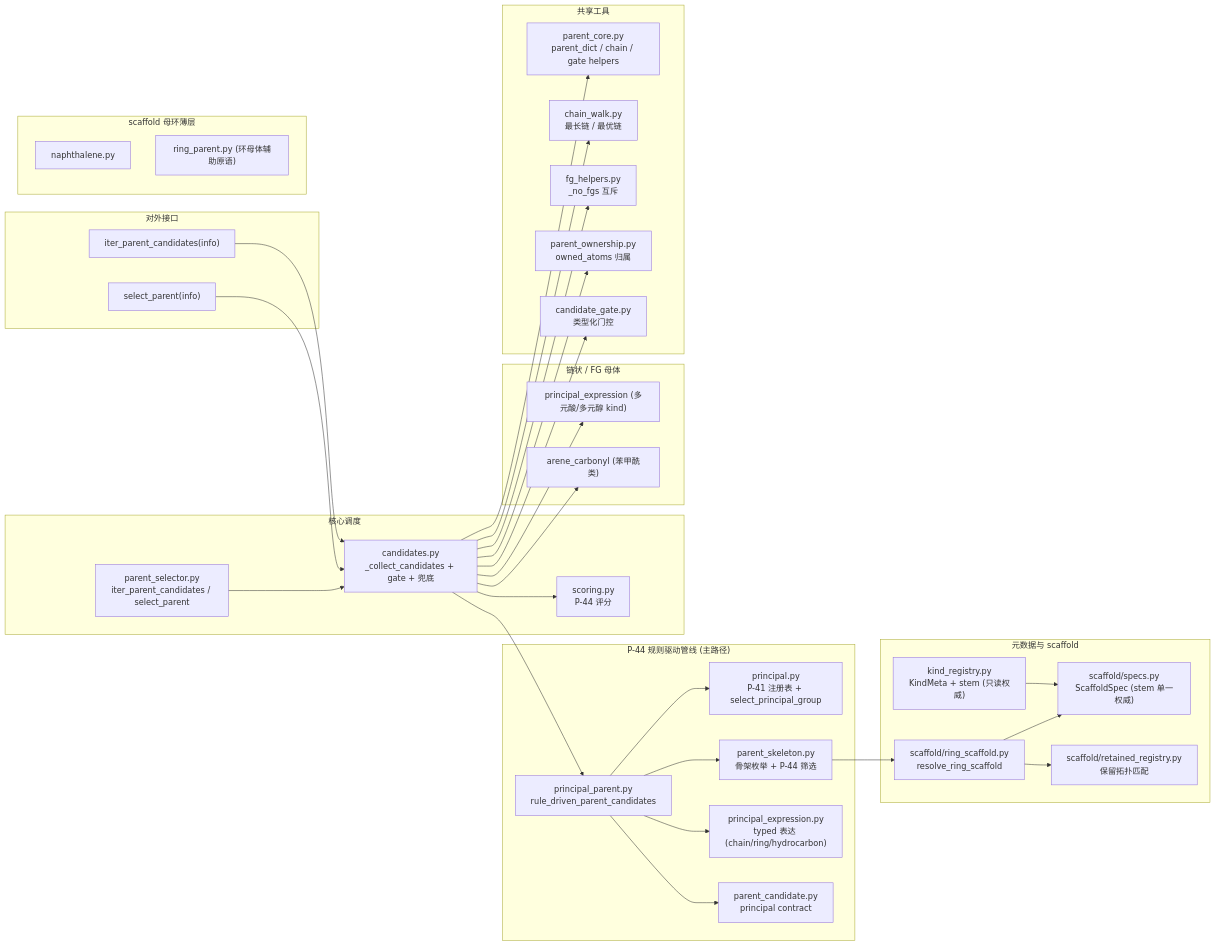
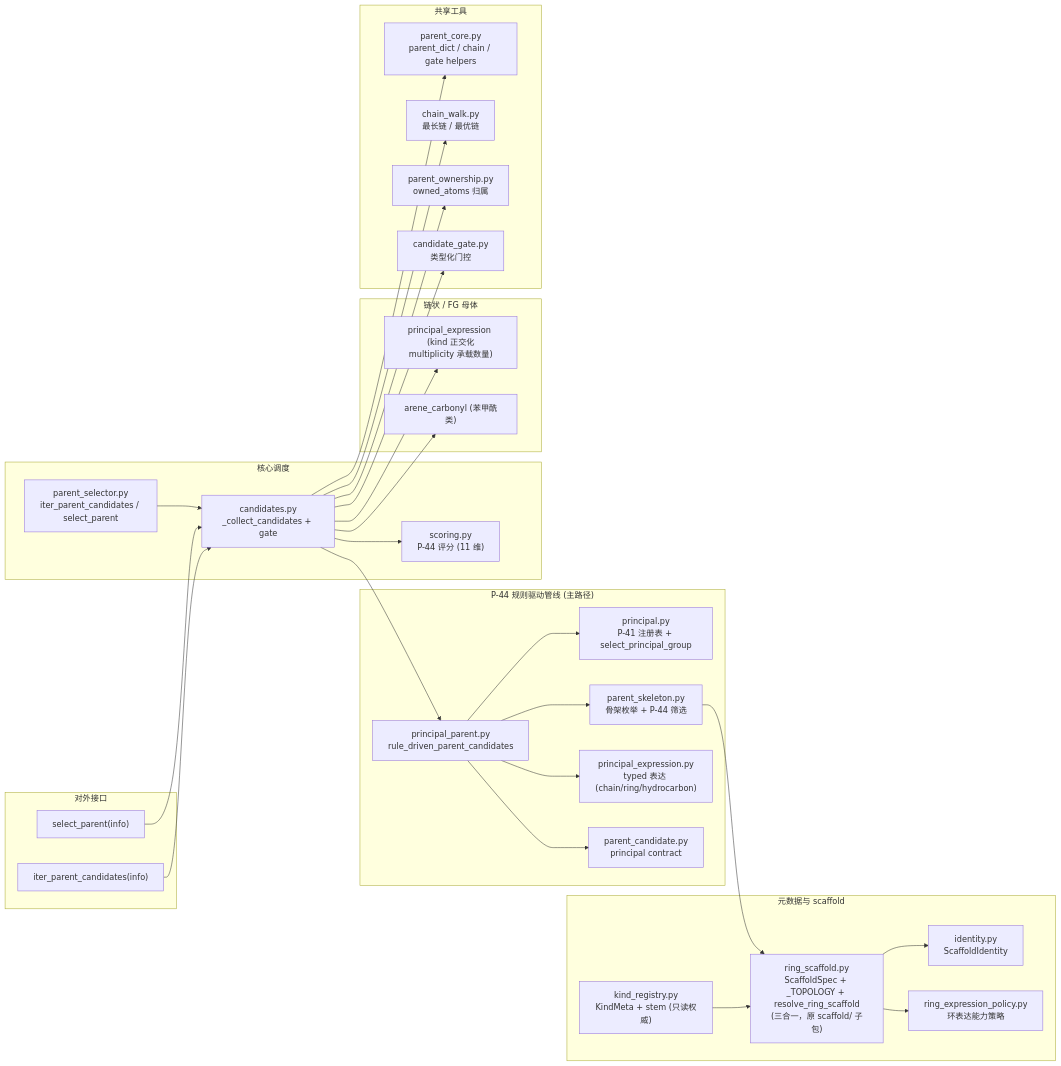
Before and after one commit to zouxiaofei1/OpenSMILES: the third of 3 diagrams in docs/wiki/architecture/layer2-parent-selector.md, drawn with Mermaid. The commit also changed other lines of this file and 20 other files, not shown here.

````diff
--- a/docs/wiki/architecture/layer2-parent-selector.md
+++ b/docs/wiki/architecture/layer2-parent-selector.md
@@ -250,58 +216,53 @@
 ```mermaid
 flowchart LR
     subgraph Public_API["对外接口"]
         SP["select_parent(info)"]
         IPC["iter_parent_candidates(info)"]
     end
 
     subgraph Principal["P-44 规则驱动管线 (主路径)"]
         PR["principal.py<br/>P-41 注册表 + select_principal_group"]
         SKEL["parent_skeleton.py<br/>骨架枚举 + P-44 筛选"]
         PEXPR["principal_expression.py<br/>typed 表达 (chain/ring/hydrocarbon)"]
         PPR["principal_parent.py<br/>rule_driven_parent_candidates"]
         PCAND["parent_candidate.py<br/>principal contract"]
     end
 
     subgraph Core["核心调度"]
-        CAND["candidates.py<br/>_collect_candidates + gate + 兜底"]
-        SCORE["scoring.py<br/>P-44 评分"]
+        CAND["candidates.py<br/>_collect_candidates + gate"]
+        SCORE["scoring.py<br/>P-44 评分 (11 维)"]
         PSEL["parent_selector.py<br/>iter_parent_candidates / select_parent"]
     end
 
     subgraph Registry["元数据与 scaffold"]
         KR["kind_registry.py<br/>KindMeta + stem (只读权威)"]
-        SPECS["scaffold/specs.py<br/>ScaffoldSpec (stem 单一权威)"]
-        RETREG["scaffold/retained_registry.py<br/>保留拓扑匹配"]
-        RSCAFF["scaffold/ring_scaffold.py<br/>resolve_ring_scaffold"]
-    end
-
-    subgraph RingParents["scaffold 母环薄层"]
-        R1["naphthalene.py"]
-        R3["ring_parent.py (环母体辅助原语)"]
+        RSCAFF["ring_scaffold.py<br/>ScaffoldSpec + _TOPOLOGY + resolve_ring_scaffold<br/>(三合一，原 scaffold/ 子包)"]
+        ID["identity.py<br/>ScaffoldIdentity"]
+        REP["ring_expression_policy.py<br/>环表达能力策略"]
     end
 
     subgraph ChainAndFG["链状 / FG 母体"]
-        PCO["principal_expression (多元酸/多元醇 kind)"]
+        PCO["principal_expression (kind 正交化<br/>multiplicity 承载数量)"]
         ALC["arene_carbonyl (苯甲酰类)"]
     end
 
     subgraph Utilities["共享工具"]
         PC["parent_core.py<br/>parent_dict / chain / gate helpers"]
         CW["chain_walk.py<br/>最长链 / 最优链"]
-        FG["fg_helpers.py<br/>_no_fgs 互斥"]
         OWN["parent_ownership.py<br/>owned_atoms 归属"]
         CG["candidate_gate.py<br/>类型化门控"]
     end
 
     PSEL --> CAND
     SP --> CAND
     IPC --> CAND
     CAND --> PPR
     PPR --> PR & SKEL & PEXPR & PCAND
     SKEL --> RSCAFF
-    RSCAFF --> SPECS & RETREG
-    KR --> SPECS
+    KR --> RSCAFF
+    RSCAFF --> ID
+    RSCAFF --> REP
     CAND --> SCORE & OWN & CG
     CAND --> PCO & ALC
-    CAND --> PC & CW & FG
+    CAND --> PC & CW
 ```
````
